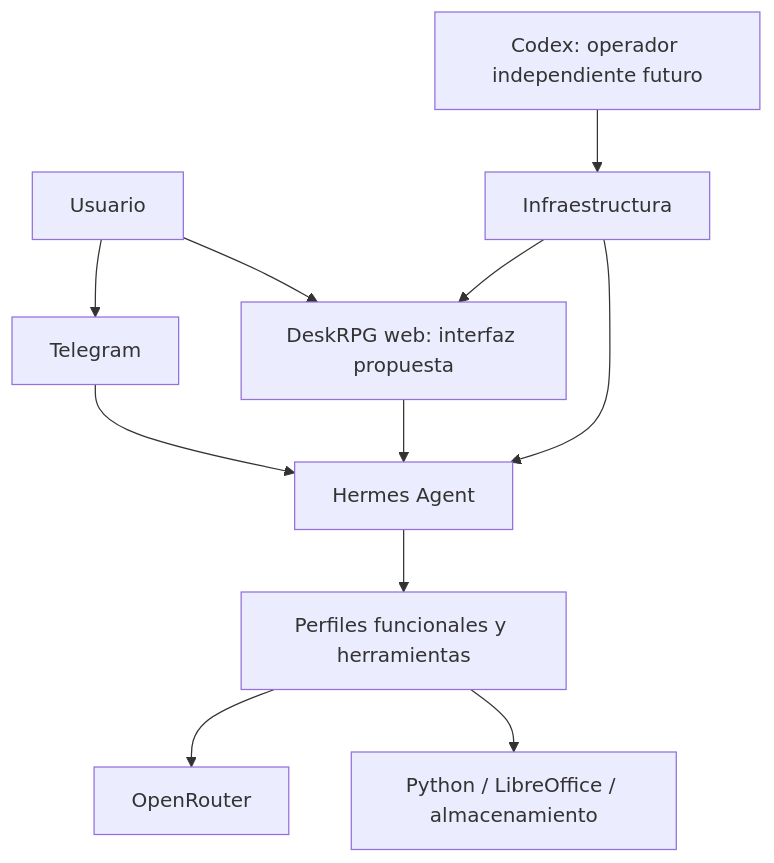
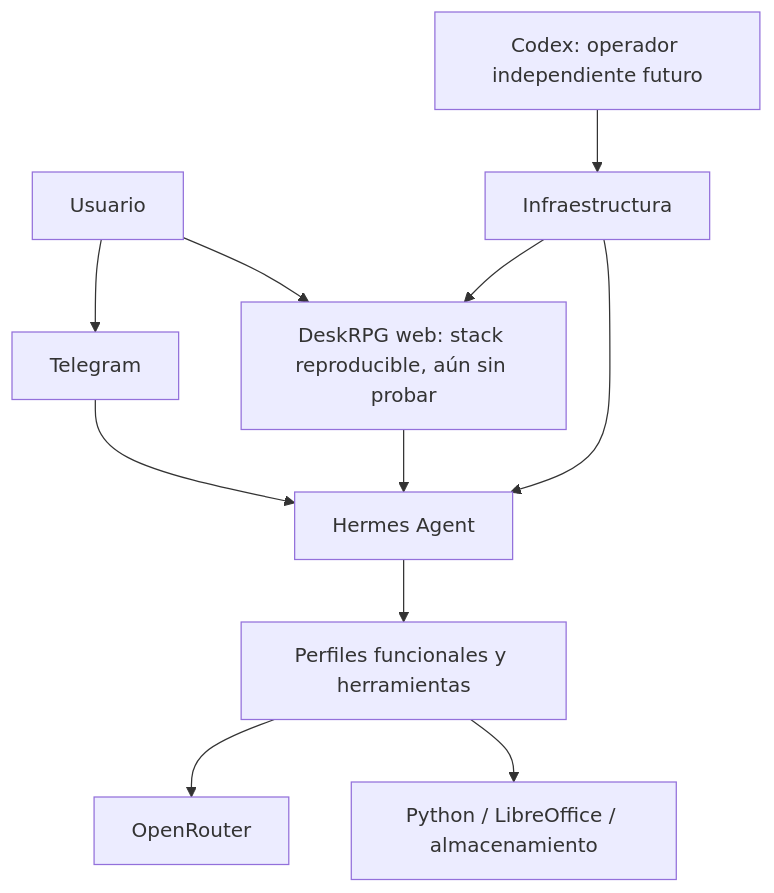
The diagram in README.md (Arielromero13/agentes-IA-de-Ariel-Romero), drawn with Mermaid before and after one commit. The commit also changed other lines of this file, not shown here.

````diff
--- a/README.md
+++ b/README.md
@@ -22,13 +22,13 @@
 ```mermaid
 flowchart TD
  U[Usuario] --> T[Telegram]
- U --> D[DeskRPG web: interfaz propuesta]
+ U --> D[DeskRPG web: stack reproducible, aún sin probar]
  T --> H[Hermes Agent]
  D --> H
  H --> P[Perfiles funcionales y herramientas]
  P --> O[OpenRouter]
  P --> L[Python / LibreOffice / almacenamiento]
  C[Codex: operador independiente futuro] --> I[Infraestructura]
  I --> H
  I --> D
 ```
````
